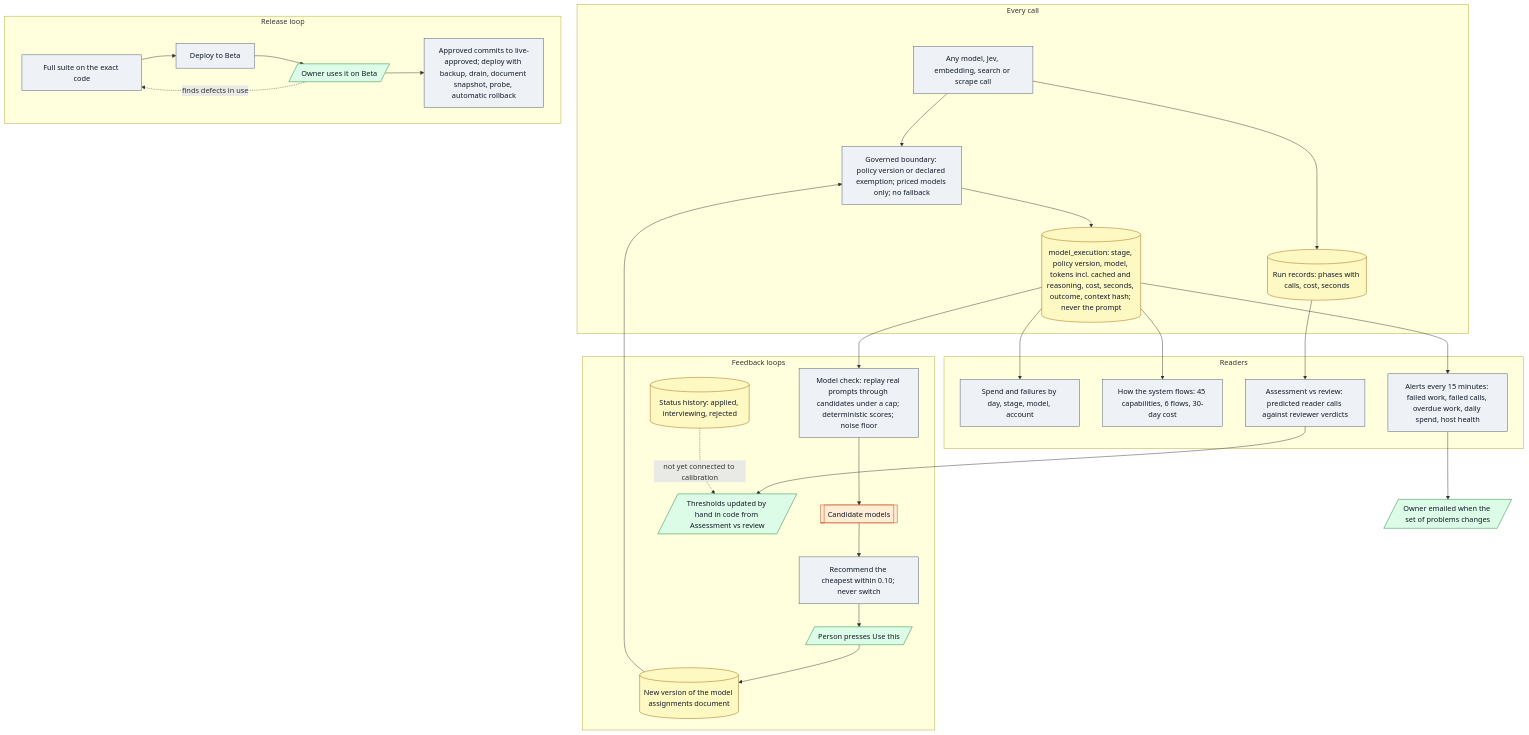
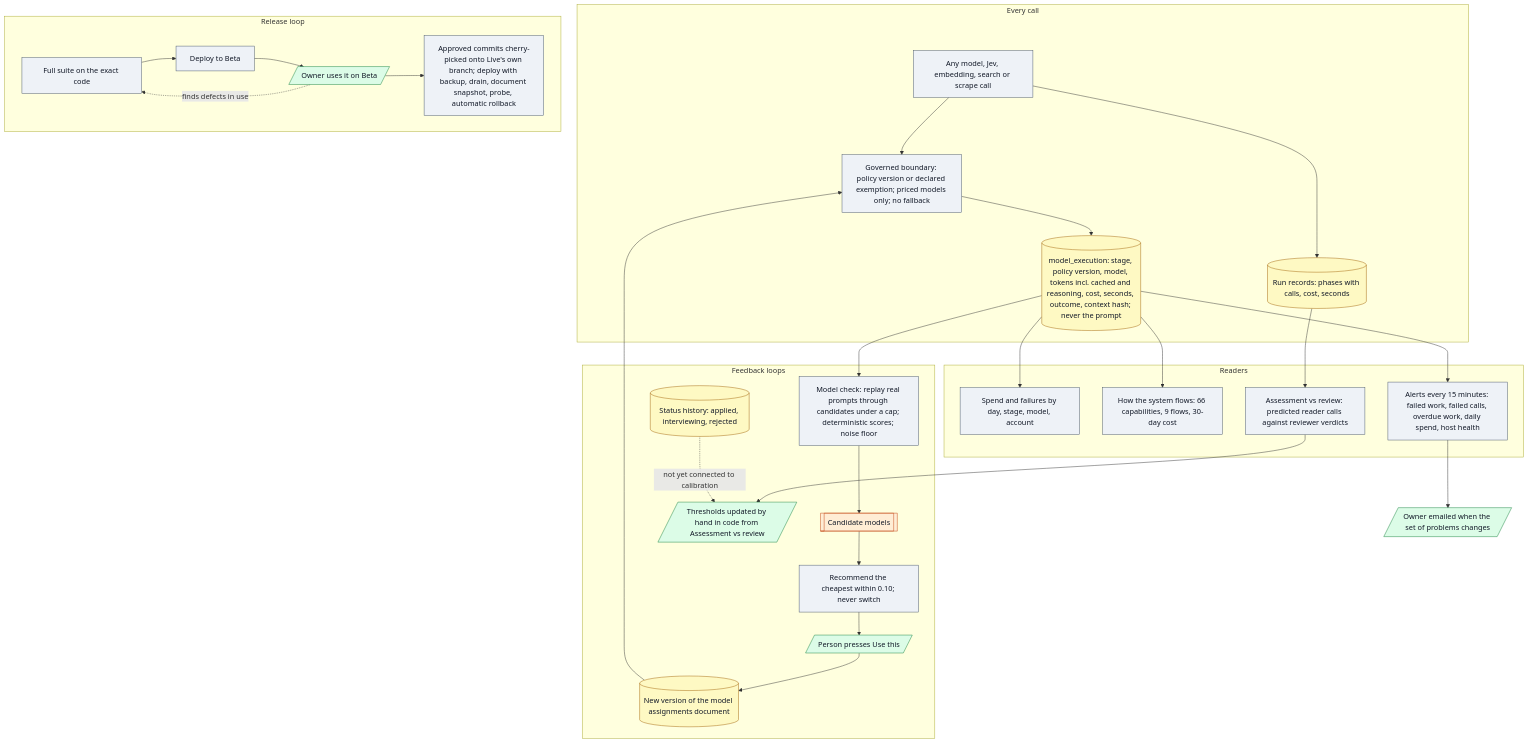
The diagram in architecture/06-measurement-and-feedback.md (gabriellmortensen-a11y/career-navigator-portfolio), drawn with Mermaid before and after one commit. The commit also changed other lines of this file and 63 other files, not shown here.

````diff
--- a/architecture/06-measurement-and-feedback.md
+++ b/architecture/06-measurement-and-feedback.md
@@ -5,53 +5,53 @@
 ```mermaid
 flowchart TD
   subgraph Work["Every call"]
     CALL[Any model, Jev, embedding, search or scrape call]:::det
     GOV[Governed boundary: policy version or declared exemption; priced models only; no fallback]:::det
     LEDGER[(model_execution: stage, policy version, model, tokens incl. cached and reasoning, cost, seconds, outcome, context hash; never the prompt)]:::store
     RUNS[(Run records: phases with calls, cost, seconds)]:::store
   end
   CALL --> GOV --> LEDGER
   CALL --> RUNS
 
   subgraph Read["Readers"]
     SPEND[Spend and failures by day, stage, model, account]:::det
-    FLOWS[How the system flows: 45 capabilities, 6 flows, 30-day cost]:::det
+    FLOWS[How the system flows: 66 capabilities, 9 flows, 30-day cost]:::det
     AVR[Assessment vs review: predicted reader calls against reviewer verdicts]:::det
     ALERT[Alerts every 15 minutes: failed work, failed calls, overdue work, daily spend, host health]:::det
   end
   LEDGER --> SPEND
   LEDGER --> FLOWS
   RUNS --> AVR
   LEDGER --> ALERT
   ALERT --> MAIL[/Owner emailed when the set of problems changes/]:::human
 
   subgraph Loops["Feedback loops"]
     MC[Model check: replay real prompts through candidates under a cap; deterministic scores; noise floor]:::det
     CAND[[Candidate models]]:::ext
     REC[Recommend the cheapest within 0.10; never switch]:::det
     USE[/Person presses Use this/]:::human
     ASSIGN[(New version of the model assignments document)]:::store
     CAL[/Thresholds updated by hand in code from Assessment vs review/]:::human
     OUT[(Status history: applied, interviewing, rejected)]:::store
   end
   LEDGER --> MC
   MC --> CAND --> REC --> USE --> ASSIGN --> GOV
   AVR --> CAL
   OUT -. not yet connected to calibration .-> CAL
 
   subgraph Release["Release loop"]
     SUITE[Full suite on the exact code]:::det
     BETA[Deploy to Beta]:::det
     LOOK[/Owner uses it on Beta/]:::human
-    LIVE[Approved commits to live-approved; deploy with backup, drain, document snapshot, probe, automatic rollback]:::det
+    LIVE["Approved commits cherry-picked onto Live's own branch; deploy with backup, drain, document snapshot, probe, automatic rollback"]:::det
   end
   SUITE --> BETA --> LOOK --> LIVE
   LOOK -. finds defects in use .-> SUITE
 
   classDef det fill:#eef2f7,stroke:#475569,color:#111827
   classDef jev fill:#ede9fe,stroke:#6d28d9,color:#111827
   classDef model fill:#dbeafe,stroke:#1d4ed8,color:#111827
   classDef human fill:#dcfce7,stroke:#15803d,color:#111827
   classDef store fill:#fef9c3,stroke:#a16207,color:#111827
   classDef ext fill:#ffedd5,stroke:#c2410c,color:#111827
 ```
````
